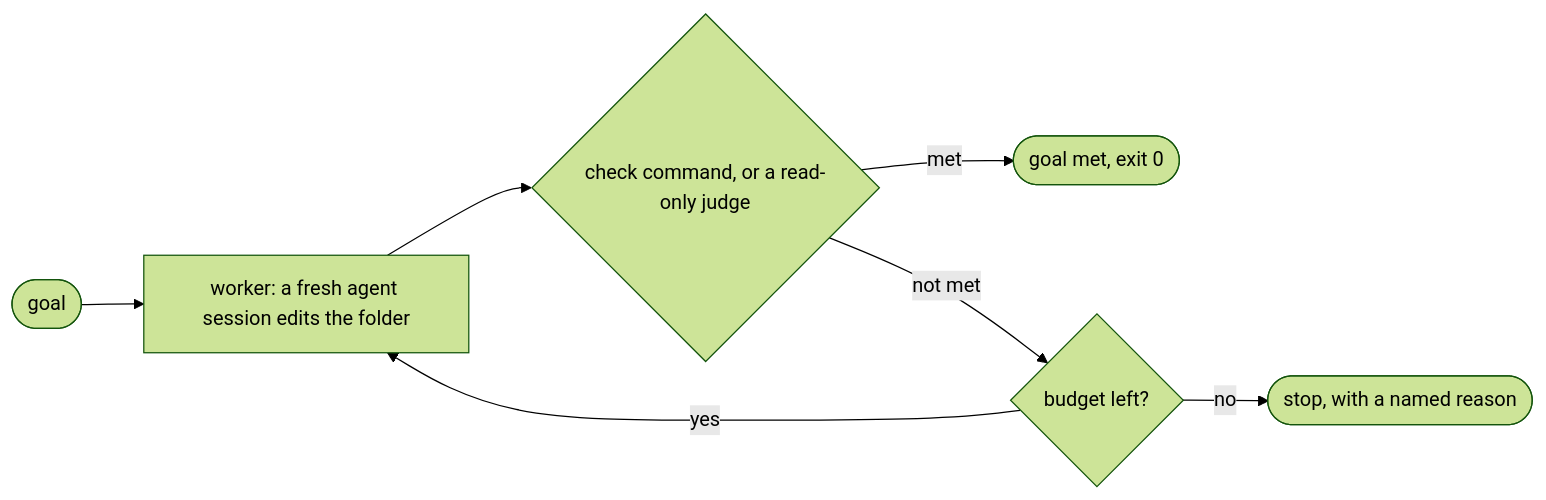
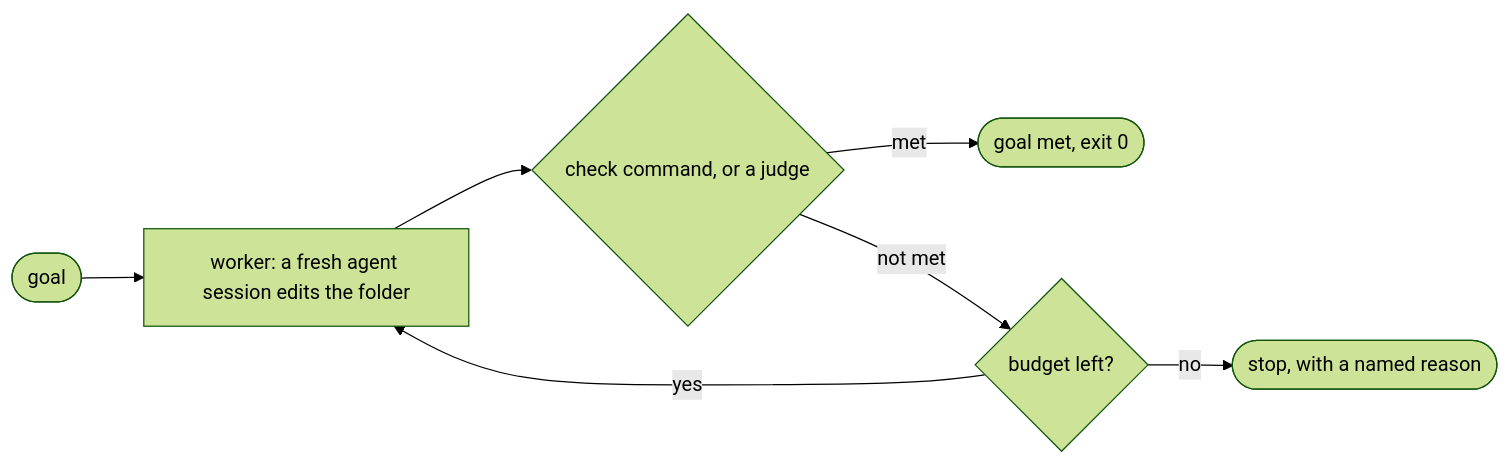
One commit to ydmitry/subgoal-skill changed the diagram in README.md. Above: the diagram before and after it, drawn with Mermaid (forest theme). The commit also changed other lines of this file and 20 other files, not shown here.

````diff
--- a/README.md
+++ b/README.md
@@ -29,9 +29,9 @@
 ```mermaid
 flowchart LR
     G([goal]) --> W["worker: a fresh agent session edits the folder"]
-    W --> C{"check command, or a read-only judge"}
+    W --> C{"check command, or a judge"}
     C -- met --> M([goal met, exit 0])
     C -- not met --> B{budget left?}
     B -- yes --> W
     B -- no --> S([stop, with a named reason])
 ```
````
